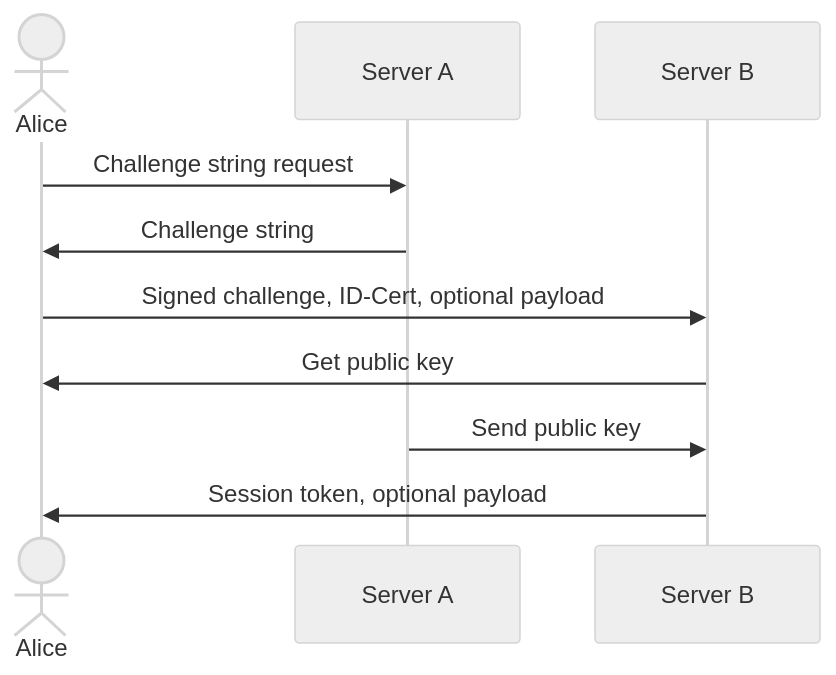
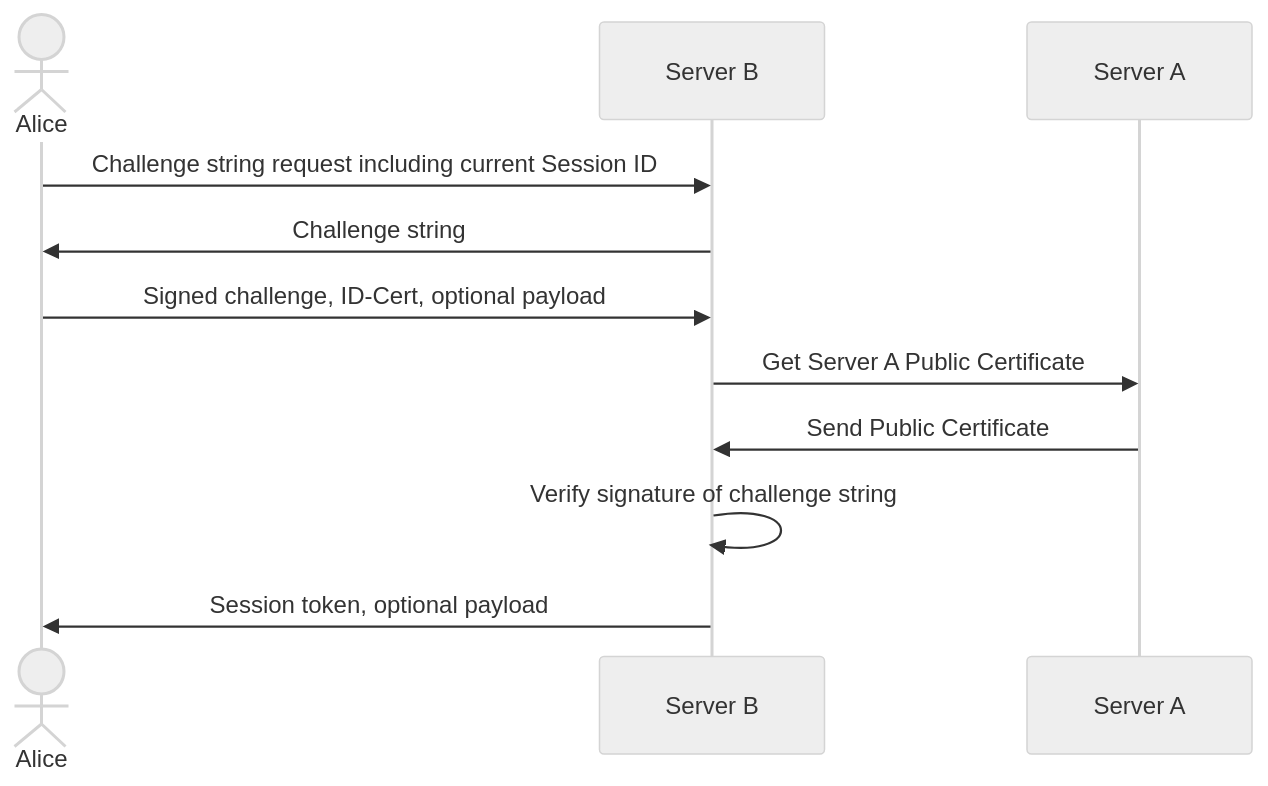
The fourth of 9 diagrams in SPECIFICATION.md (polyphony-chat/docs), drawn with Mermaid (neutral theme) before and after one commit. The commit also changed other lines of this file, not shown here.

Commit message:
Correct Diagram 4, add security measures for external identification

````diff
--- a/SPECIFICATION.md
+++ b/SPECIFICATION.md
@@ -249,14 +255,15 @@
 ```mermaid
 sequenceDiagram
 
 actor a as Alice
+participant sb as Server B
 participant sa as Server A
-participant sb as Server B
 
-a->>sa: Challenge string request
-sa->>a: Challenge string
+a->>sb: Challenge string request including current Session ID
+sb->>a: Challenge string
 a->>sb: Signed challenge, ID-Cert, optional payload
-sb->>a: Get public key
-sa->>sb: Send public key
+sb->>sa: Get Server A Public Certificate
+sa->>sb: Send Public Certificate
+sb->>sb: Verify signature of challenge string
 sb->>a: Session token, optional payload
 ```
````
